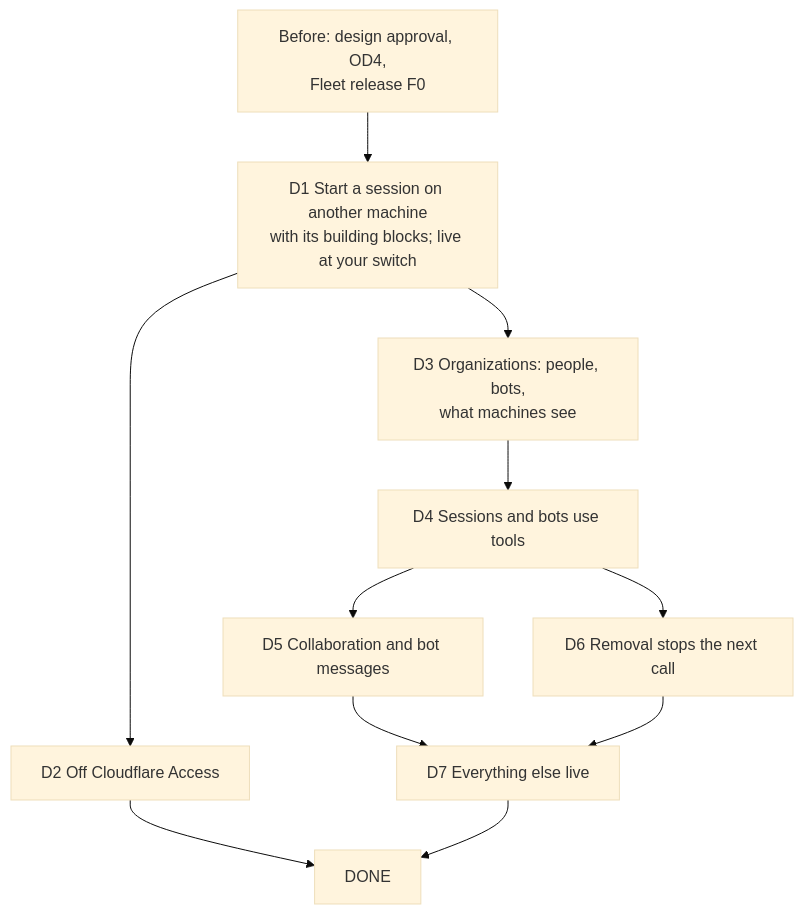
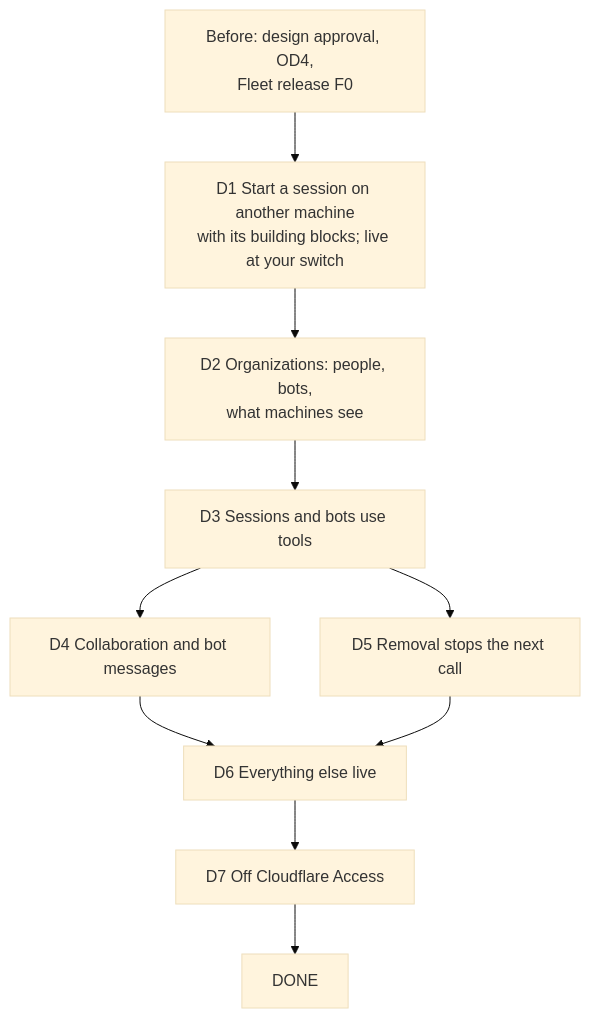
One commit to ShravanSunder/agent-vm changed the diagram in docs/specs/2026-10-24-agent-identity/plans/2026-10-27-agent-identity-delivery.md. Above: the diagram before and after it, drawn with Mermaid (base theme). The commit also changed other lines of this file and 18 other files, not shown here.

````diff
--- a/docs/specs/2026-10-24-agent-identity/plans/2026-10-27-agent-identity-delivery.md
+++ b/docs/specs/2026-10-24-agent-identity/plans/2026-10-27-agent-identity-delivery.md
@@ -33,22 +33,21 @@
 ```mermaid
 flowchart TB
   PRE["Before: design approval, OD4,<br/>Fleet release F0"]
   D1["D1 Start a session on another machine<br/>with its building blocks; live at your switch"]
-  D2["D2 Off Cloudflare Access"]
-  D3["D3 Organizations: people, bots,<br/>what machines see"]
-  D4["D4 Sessions and bots use tools"]
-  D5["D5 Collaboration and bot messages"]
-  D6["D6 Removal stops the next call"]
-  D7["D7 Everything else live"]
+  D2["D2 Organizations: people, bots,<br/>what machines see"]
+  D3["D3 Sessions and bots use tools"]
+  D4["D4 Collaboration and bot messages"]
+  D5["D5 Removal stops the next call"]
+  D6["D6 Everything else live"]
+  D7["D7 Off Cloudflare Access"]
   DONE["DONE"]
   PRE --> D1
   D1 --> D2
-  D1 --> D3
+  D2 --> D3
   D3 --> D4
-  D4 --> D5
+  D3 --> D5
   D4 --> D6
-  D5 --> D7
+  D5 --> D6
   D6 --> D7
-  D2 --> DONE
   D7 --> DONE
 ```
````
